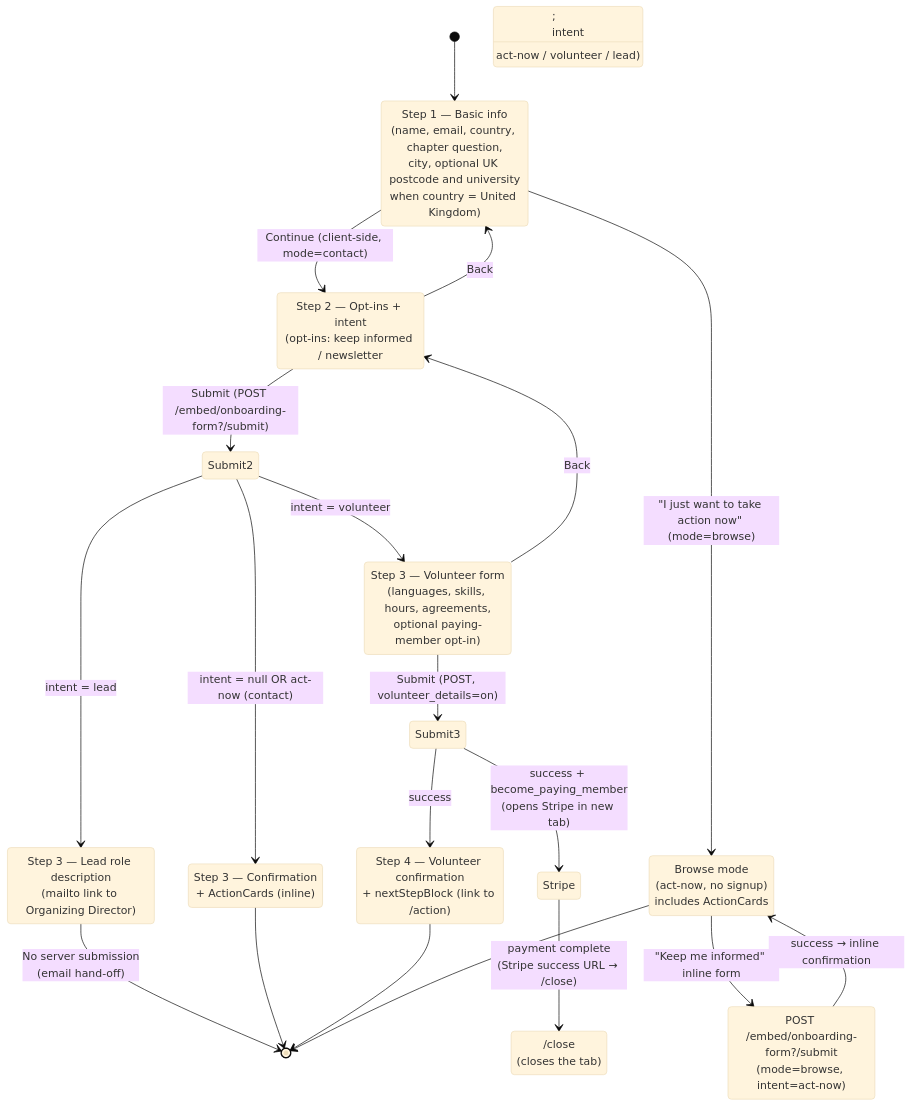
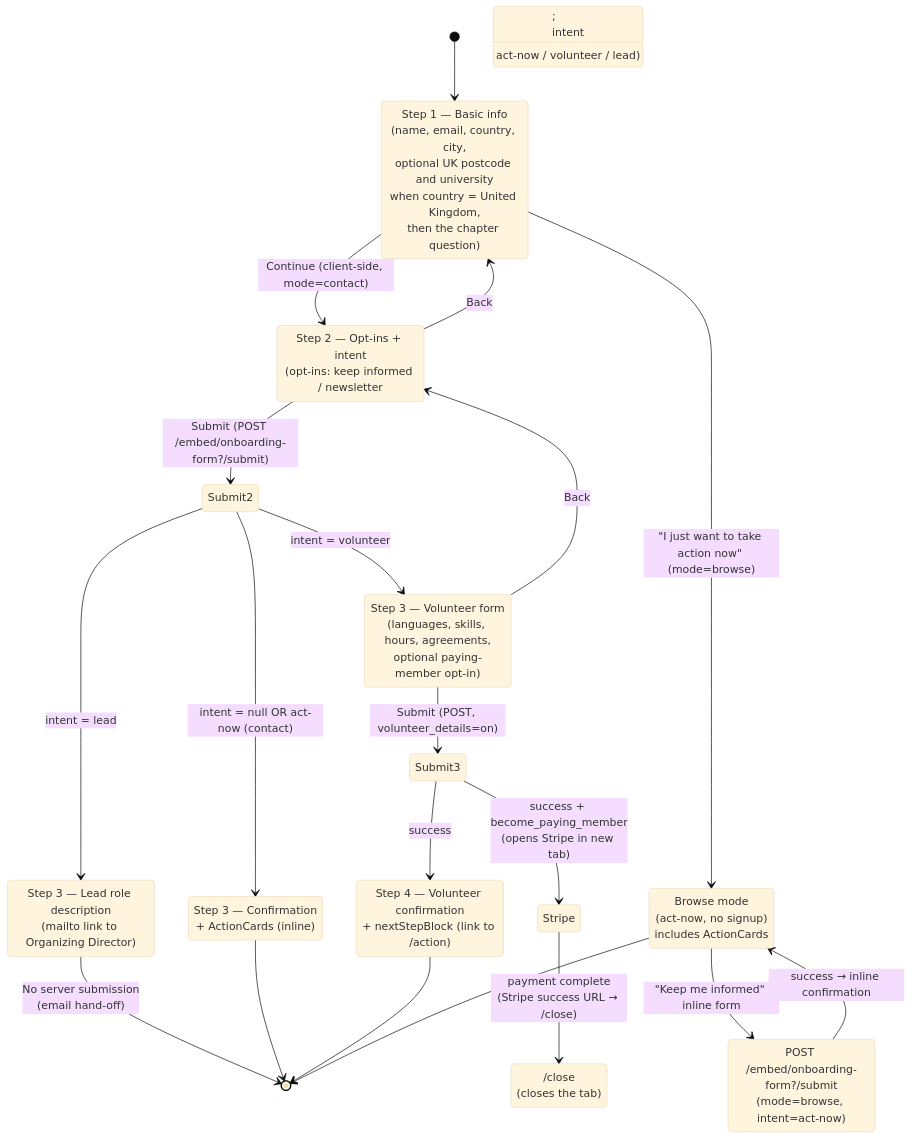
Before and after one commit to PauseAI/pauseai-website: the second of 2 diagrams in docs/join-form-flow.md, drawn with Mermaid (base theme). The commit also changed other lines of this file and 3 other files, not shown here.

First line of the commit message:
feat(onboarding): put the chapter question at the end of /join step 1 and reveal it gently

````diff
--- a/docs/join-form-flow.md
+++ b/docs/join-form-flow.md
@@ -328,36 +328,36 @@
 ```mermaid
 stateDiagram-v2
     [*] --> Step1
-    Step1: Step 1 — Basic info<br/>(name, email, country, chapter question,<br/>city, optional UK postcode and university<br/>when country = United Kingdom)
+    Step1: Step 1 — Basic info<br/>(name, email, country, city,<br/>optional UK postcode and university<br/>when country = United Kingdom,<br/>then the chapter question)
     Step1 --> Step2: Continue (client-side, mode=contact)
     Step1 --> Browse: "I just want to take action now" (mode=browse)
     Browse: Browse mode<br/>(act-now, no signup)<br/>includes ActionCards
 
     Step2: Step 2 — Opt-ins + intent<br/>(opt-ins: keep informed / newsletter;<br/>intent: act-now / volunteer / lead)
     Step2 --> Step1: Back
     Step2 --> Submit2: Submit (POST /embed/onboarding-form?/submit)
     Submit2 --> Step3Confirm: intent = null OR act-now (contact)
     Submit2 --> Step3Volunteer: intent = volunteer
     Submit2 --> Step3Lead: intent = lead
 
     Browse --> BrowseSignup: "Keep me informed" inline form
     BrowseSignup: POST /embed/onboarding-form?/submit<br/>(mode=browse, intent=act-now)
     BrowseSignup --> Browse: success → inline confirmation
 
     Step3Volunteer: Step 3 — Volunteer form<br/>(languages, skills, hours, agreements,<br/>optional paying-member opt-in)
     Step3Volunteer --> Step2: Back
     Step3Volunteer --> Submit3: Submit (POST, volunteer_details=on)
     Submit3 --> Stripe: success + become_paying_member<br/>(opens Stripe in new tab)
     Stripe --> Close: payment complete<br/>(Stripe success URL → /close)
     Close: /close<br/>(closes the tab)
     Submit3 --> Step4: success
 
     Step3Lead: Step 3 — Lead role description<br/>(mailto link to Organizing Director)
     Step3Lead --> [*]: No server submission<br/>(email hand-off)
 
     Step3Confirm: Step 3 — Confirmation<br/>+ ActionCards (inline)
     Step4: Step 4 — Volunteer confirmation<br/>+ nextStepBlock (link to /action)
     Step3Confirm --> [*]
     Step4 --> [*]
     Browse --> [*]
 ```
````
